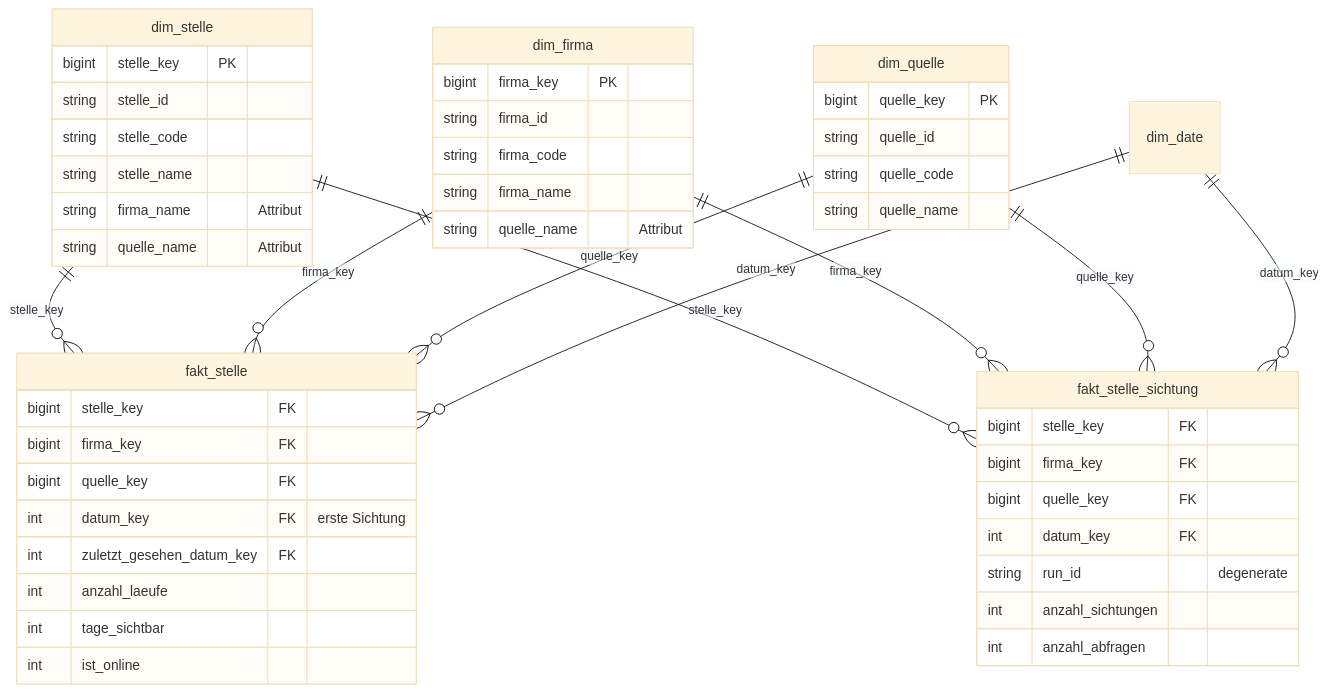
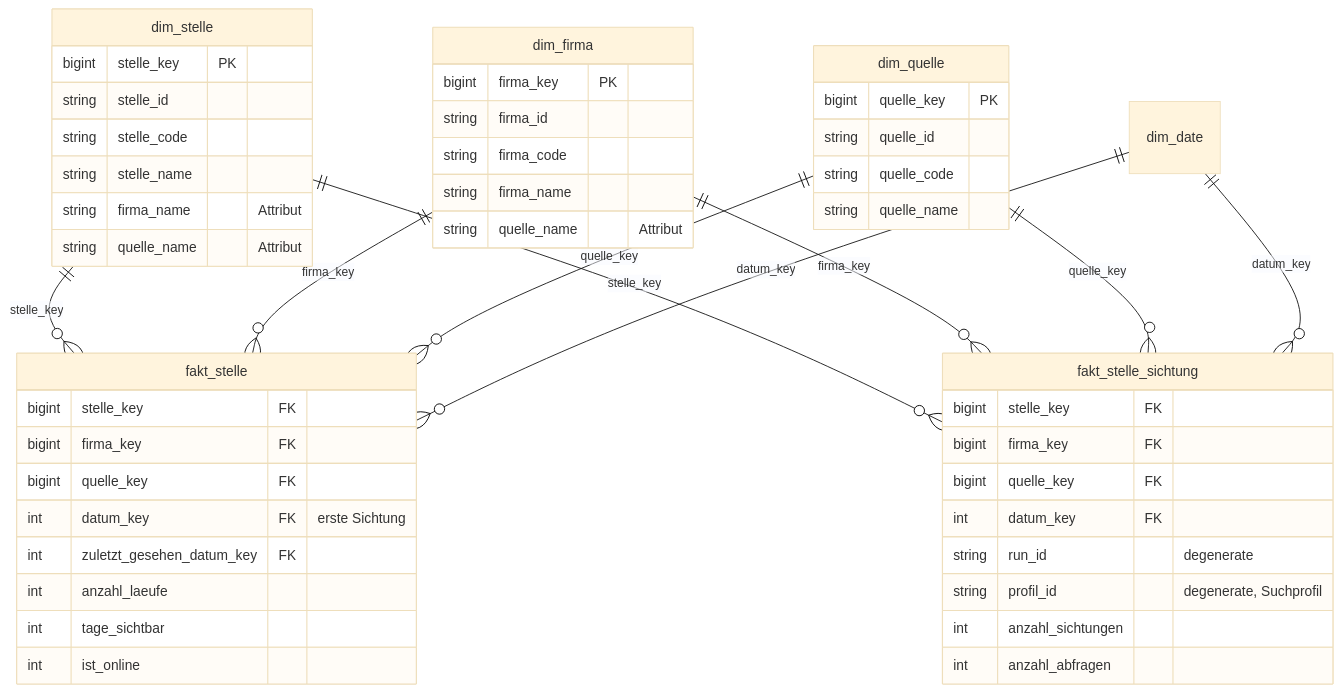
One commit to fellnerd/dimetrics-datavault-dbt changed the diagram in design/mart/lead_engine/er-mart-lead-engine.mmd. Above: the diagram before and after it, drawn with Mermaid (base theme). The commit also changed 15 other files, not shown here.

```diff
--- a/design/mart/lead_engine/er-mart-lead-engine.mmd
+++ b/design/mart/lead_engine/er-mart-lead-engine.mmd
@@ -1,50 +1,51 @@
 erDiagram
     dim_stelle  ||--o{ fakt_stelle : stelle_key
     dim_firma   ||--o{ fakt_stelle : firma_key
     dim_quelle  ||--o{ fakt_stelle : quelle_key
     dim_date    ||--o{ fakt_stelle : datum_key
     dim_stelle  ||--o{ fakt_stelle_sichtung : stelle_key
     dim_firma   ||--o{ fakt_stelle_sichtung : firma_key
     dim_quelle  ||--o{ fakt_stelle_sichtung : quelle_key
     dim_date    ||--o{ fakt_stelle_sichtung : datum_key
 
     fakt_stelle {
         bigint stelle_key FK
         bigint firma_key FK
         bigint quelle_key FK
         int datum_key FK "erste Sichtung"
         int zuletzt_gesehen_datum_key FK
         int anzahl_laeufe
         int tage_sichtbar
         int ist_online
     }
     fakt_stelle_sichtung {
         bigint stelle_key FK
         bigint firma_key FK
         bigint quelle_key FK
         int datum_key FK
         string run_id "degenerate"
+        string profil_id "degenerate, Suchprofil"
         int anzahl_sichtungen
         int anzahl_abfragen
     }
     dim_stelle {
         bigint stelle_key PK
         string stelle_id
         string stelle_code
         string stelle_name
         string firma_name "Attribut"
         string quelle_name "Attribut"
     }
     dim_firma {
         bigint firma_key PK
         string firma_id
         string firma_code
         string firma_name
         string quelle_name "Attribut"
     }
     dim_quelle {
         bigint quelle_key PK
         string quelle_id
         string quelle_code
         string quelle_name
     }
```
